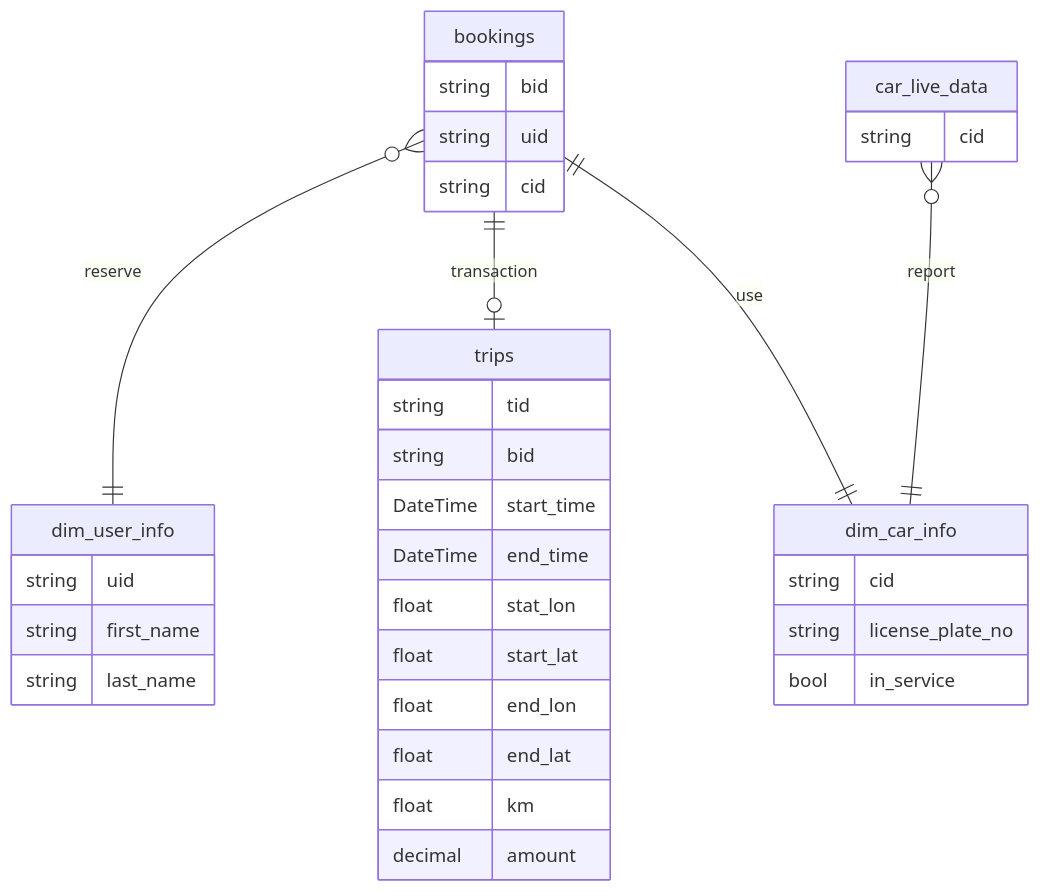
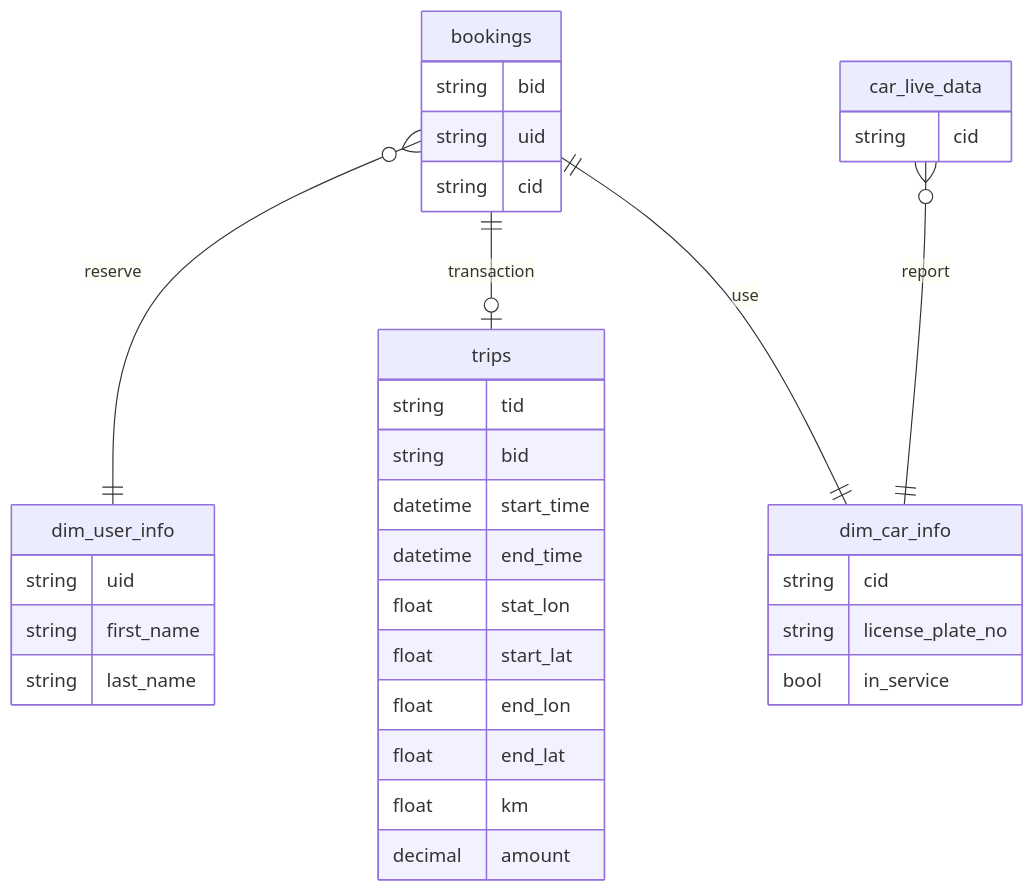
The first of 2 diagrams in docs/usecases.md (timeplus-io/docs), drawn with Mermaid before and after one commit. The commit also changed other lines of this file, not shown here.

````diff
--- a/docs/usecases.md
+++ b/docs/usecases.md
@@ -21,37 +21,37 @@
 ```mermaid
 erDiagram
     bookings }o--|| dim_user_info: reserve
     bookings ||--o| trips:transaction
     bookings ||--|| dim_car_info: use
     car_live_data }o--|| dim_car_info: report
     dim_user_info {
       string uid
       string first_name
       string last_name
     }
     dim_car_info {
       string cid
       string license_plate_no
       bool in_service
     }
     car_live_data {
       string cid
     }
     bookings {
       string bid
       string uid
       string cid
     }
     trips {
       string tid
       string bid
-      DateTime start_time
-      DateTime end_time
+      datetime start_time
+      datetime end_time
       float stat_lon
       float start_lat
       float end_lon
       float end_lat
       float km
       decimal amount
     }
 ```
````
